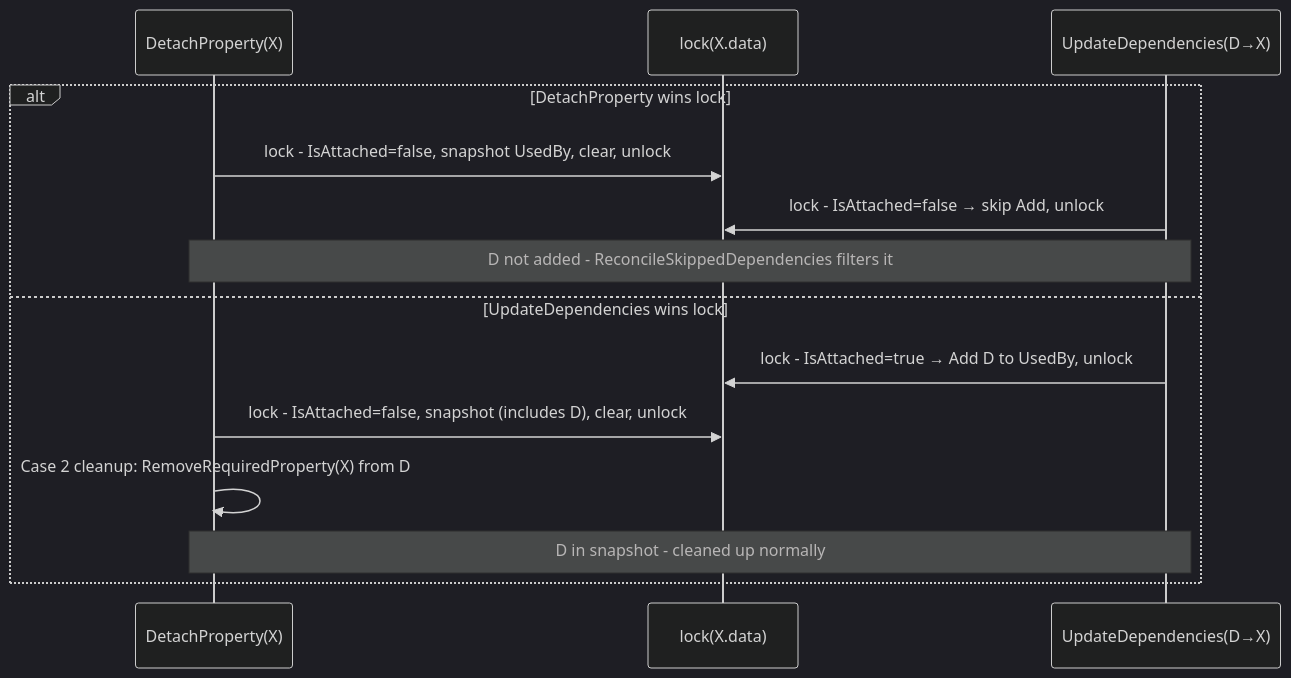
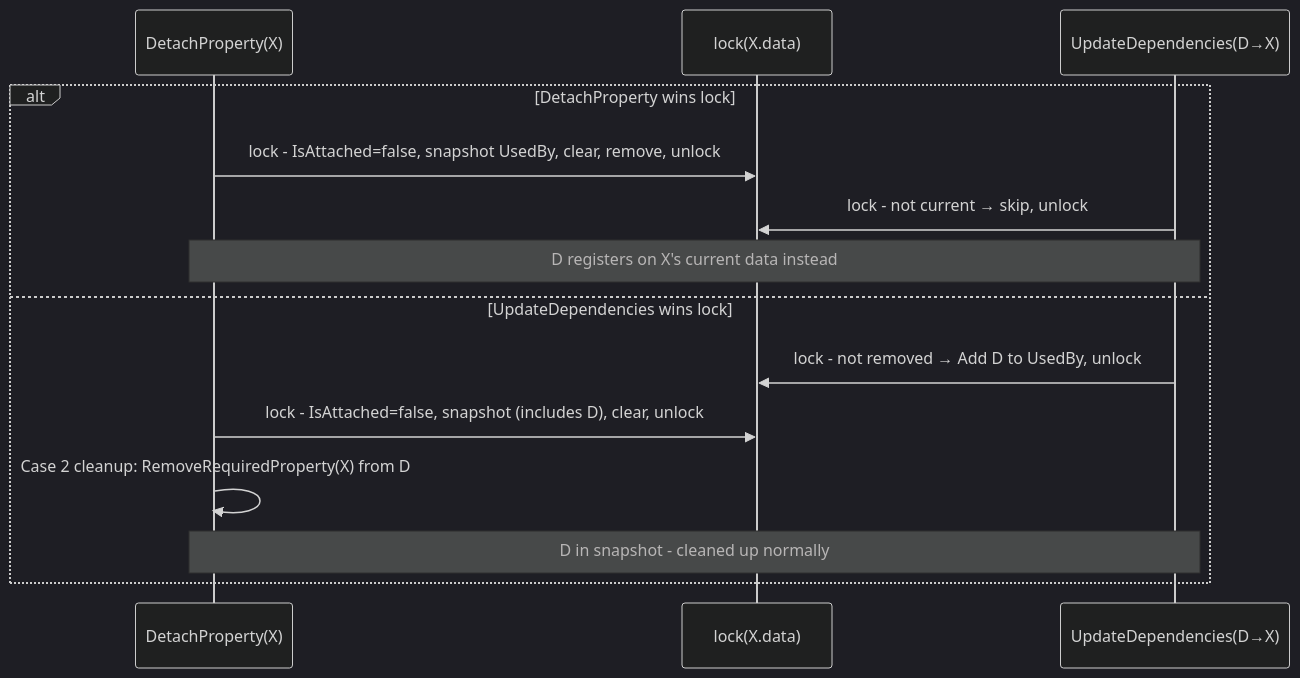
The seventh of 7 diagrams in docs/design/tracking-derived-properties.md (RicoSuter/Namotion.Interceptor), drawn with Mermaid (dark theme) before and after one commit. The commit also changed other lines of this file and 7 other files, not shown here.

Commit message:
fix: keep derived property dependencies after a subject is detached and attached again (#797)

````diff
--- a/docs/design/tracking-derived-properties.md
+++ b/docs/design/tracking-derived-properties.md
@@ -570,17 +581,17 @@
 ```mermaid
 sequenceDiagram
     participant Det as DetachProperty(X)
     participant XD as lock(X.data)
     participant Upd as UpdateDependencies(D→X)
 
     alt DetachProperty wins lock
-        Det->>XD: lock - IsAttached=false, snapshot UsedBy, clear, unlock
-        Upd->>XD: lock - IsAttached=false → skip Add, unlock
-        Note over Det,Upd: D not added - ReconcileSkippedDependencies filters it
+        Det->>XD: lock - IsAttached=false, snapshot UsedBy, clear, remove, unlock
+        Upd->>XD: lock - not current → skip, unlock
+        Note over Det,Upd: D registers on X's current data instead
     else UpdateDependencies wins lock
-        Upd->>XD: lock - IsAttached=true → Add D to UsedBy, unlock
+        Upd->>XD: lock - not removed → Add D to UsedBy, unlock
         Det->>XD: lock - IsAttached=false, snapshot (includes D), clear, unlock
         Det->>Det: Case 2 cleanup: RemoveRequiredProperty(X) from D
         Note over Det,Upd: D in snapshot - cleaned up normally
     end
 ```
````
